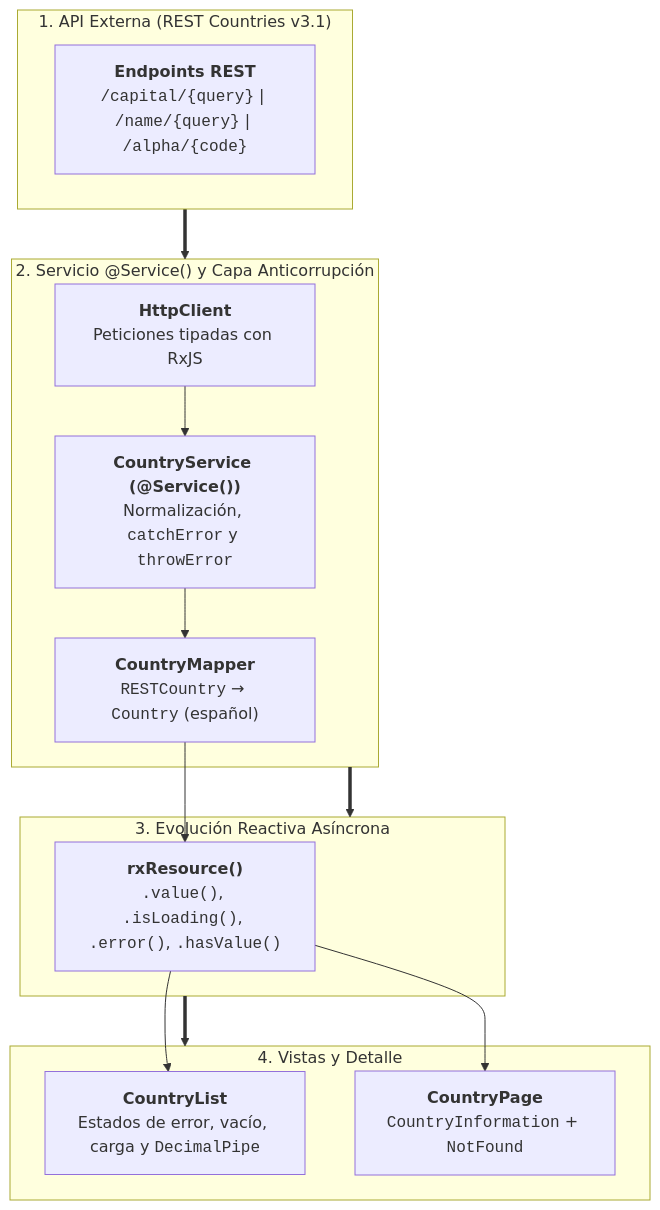
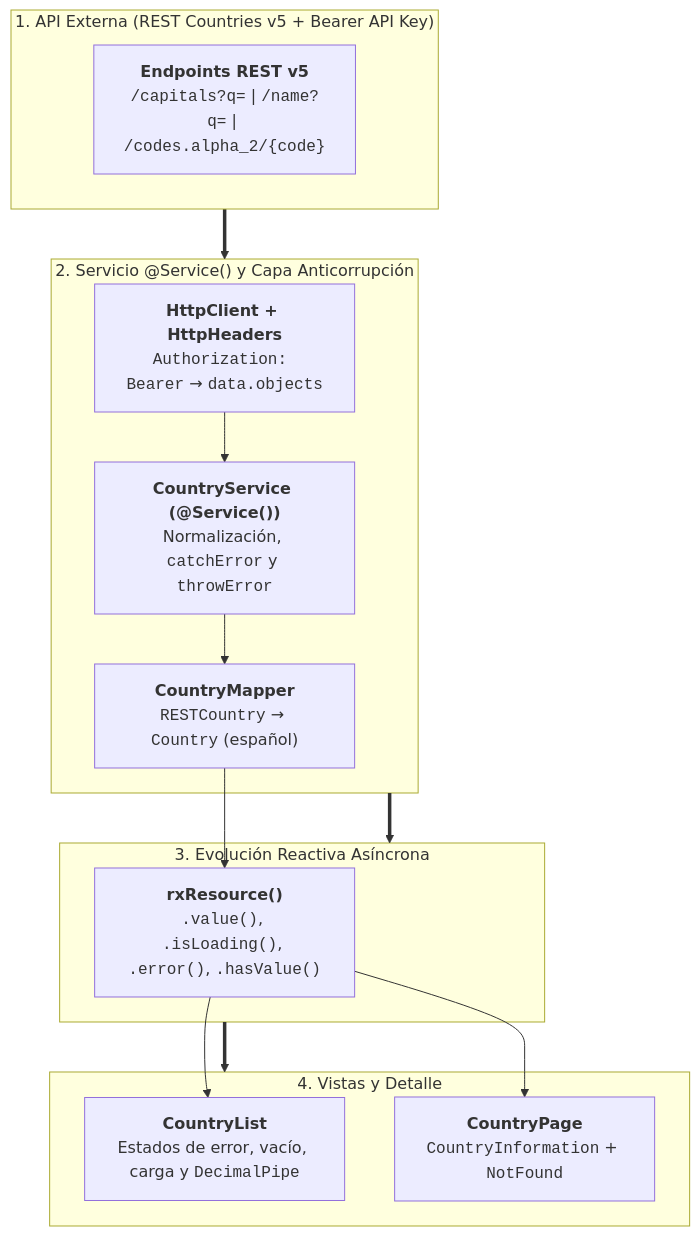
Before and after one commit to Jose-Quesada/materiales_angular: the diagram in docs/10-country-funcionalidad.md, drawn with Mermaid. The commit also changed other lines of this file and 54 other files, not shown here.

````diff
--- a/docs/10-country-funcionalidad.md
+++ b/docs/10-country-funcionalidad.md
@@ -23,22 +23,22 @@
 ``` mermaid
 flowchart TD
-    subgraph CapaAPI ["1. API Externa (REST Countries v3.1)"]
-        API["<b>Endpoints REST</b><br/><code>/capital/{query}</code> | <code>/name/{query}</code> | <code>/alpha/{code}</code>"]
+    subgraph CapaAPI ["1. API Externa (REST Countries v5 + Bearer API Key)"]
+        API["<b>Endpoints REST v5</b><br/><code>/capitals?q=</code> | <code>/name?q=</code> | <code>/codes.alpha_2/{code}</code>"]
     end
 
     subgraph CapaServicio ["2. Servicio @Service() y Capa Anticorrupción"]
-        HTTP["<b>HttpClient</b><br/>Peticiones tipadas con RxJS"] --> Service["<b>CountryService (@Service())</b><br/>Normalización, <code>catchError</code> y <code>throwError</code>"]
+        HTTP["<b>HttpClient + HttpHeaders</b><br/><code>Authorization: Bearer</code> &rarr; <code>data.objects</code>"] --> Service["<b>CountryService (@Service())</b><br/>Normalización, <code>catchError</code> y <code>throwError</code>"]
         Service --> Mapper["<b>CountryMapper</b><br/><code>RESTCountry</code> &rarr; <code>Country</code> (español)"]
     end
 
     subgraph CapaReactiva ["3. Evolución Reactiva Asíncrona"]
         Mapper --> RxRes["<b>rxResource()</b><br/><code>.value()</code>, <code>.isLoading()</code>, <code>.error()</code>, <code>.hasValue()</code>"]
     end
 
     subgraph CapaPresentacion ["4. Vistas y Detalle"]
         RxRes --> List["<b>CountryList</b><br/>Estados de error, vacío, carga y <code>DecimalPipe</code>"]
         RxRes --> Detail["<b>CountryPage</b><br/><code>CountryInformation</code> + <code>NotFound</code>"]
     end
 
     CapaAPI ==> CapaServicio ==> CapaReactiva ==> CapaPresentacion
 ```
````
